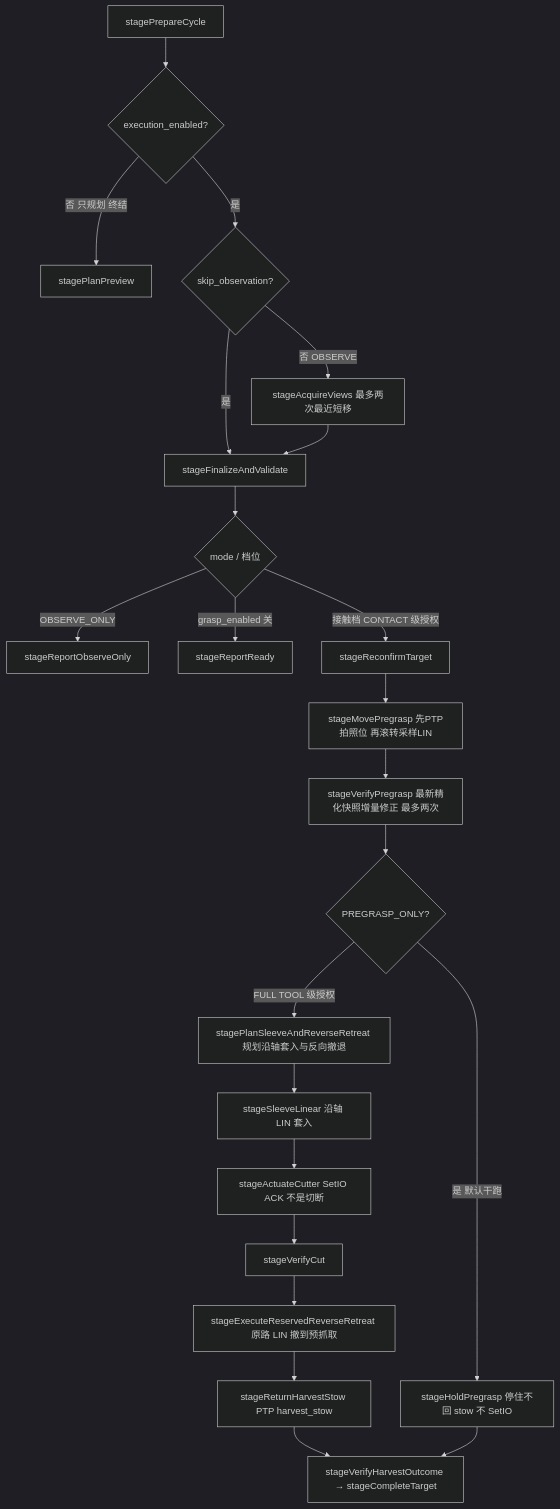
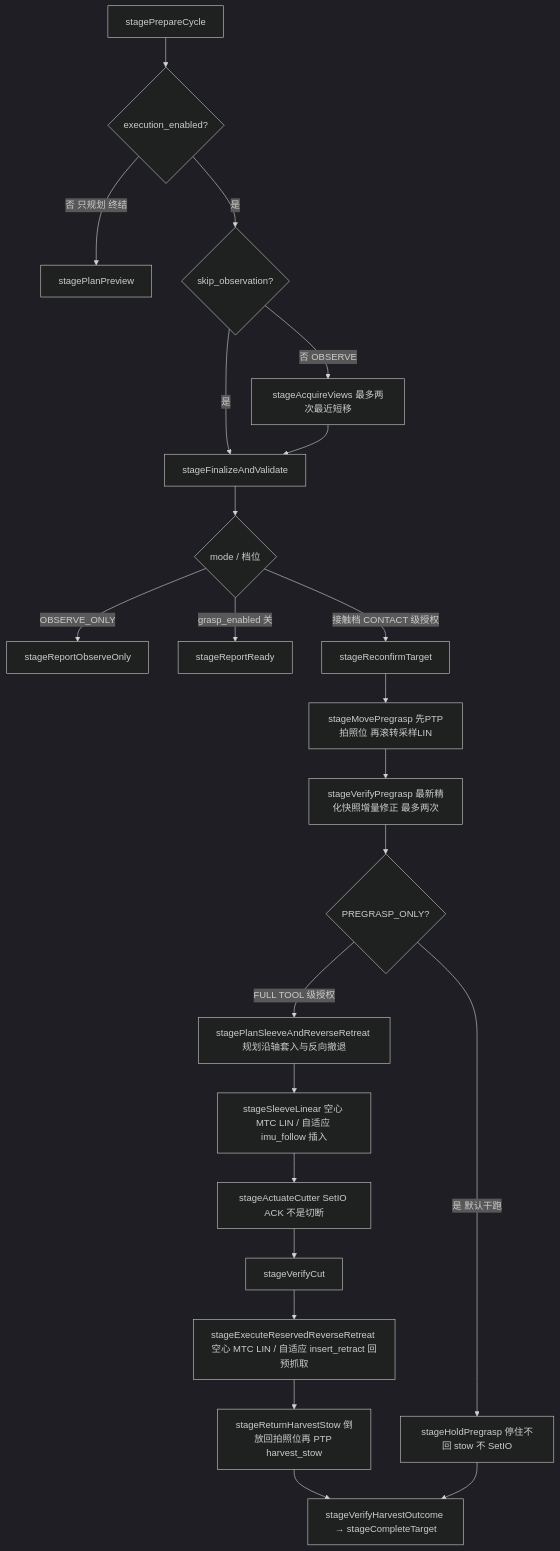
Before and after one commit to MUHAN11-c/aubo_boot: diagram 13 of 15 in docs/architecture.md, drawn with Mermaid (dark theme). The commit also changed other lines of this file and 66 other files, not shown here.

````diff
--- a/docs/architecture.md
+++ b/docs/architecture.md
@@ -914,26 +916,26 @@
 ```mermaid
 flowchart TD
   Prep[stagePrepareCycle]
   Prep --> planOnly{execution_enabled?}
   planOnly -->|否 只规划 终结| Preview[stagePlanPreview]
   planOnly -->|是| skipObs{skip_observation?}
   skipObs -->|否 OBSERVE| Views[stageAcquireViews 最多两次最近短移]
   skipObs -->|是| Quality[stageFinalizeAndValidate]
   Views --> Quality
   Quality --> mode{mode / 档位}
   mode -->|OBSERVE_ONLY| RepObs[stageReportObserveOnly]
   mode -->|grasp_enabled 关| RepReady[stageReportReady]
   mode -->|接触档 CONTACT 级授权| Rec[stageReconfirmTarget]
   Rec --> Move[stageMovePregrasp 先PTP拍照位 再滚转采样LIN]
   Move --> Ver[stageVerifyPregrasp 最新精化快照增量修正 最多两次]
   Ver --> pg{PREGRASP_ONLY?}
   pg -->|是 默认干跑| Hold[stageHoldPregrasp 停住不回 stow 不 SetIO]
   pg -->|FULL TOOL 级授权| Sleeve[stagePlanSleeveAndReverseRetreat 规划沿轴套入与反向撤退]
-  Sleeve --> Lin[stageSleeveLinear 沿轴 LIN 套入]
+  Sleeve --> Lin[stageSleeveLinear 空心 MTC LIN / 自适应 imu_follow 插入]
   Lin --> Cut[stageActuateCutter SetIO ACK 不是切断]
   Cut --> VCut[stageVerifyCut]
-  VCut --> Ret[stageExecuteReservedReverseRetreat 原路 LIN 撤到预抓取]
-  Ret --> Stow[stageReturnHarvestStow PTP harvest_stow]
+  VCut --> Ret[stageExecuteReservedReverseRetreat 空心 MTC LIN / 自适应 insert_retract 回预抓取]
+  Ret --> Stow[stageReturnHarvestStow 倒放回拍照位再 PTP harvest_stow]
   Stow --> Done[stageVerifyHarvestOutcome → stageCompleteTarget]
   Hold --> Done
 ```
````
